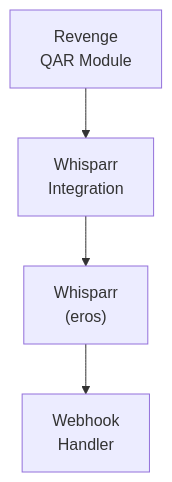
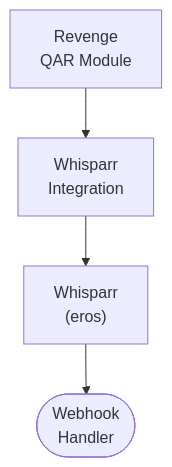
Before and after one commit to lusoris/revenge: the diagram in docs/dev/design/integrations/servarr/WHISPARR.md, drawn with Mermaid. The commit also changed 208 other files, not shown here.

First line of the commit message:
feat(docs): Improve ASCII to Mermaid converter with proper box extraction

````diff
--- a/docs/dev/design/integrations/servarr/WHISPARR.md
+++ b/docs/dev/design/integrations/servarr/WHISPARR.md
@@ -51,10 +51,10 @@
 ```mermaid
 flowchart TD
     node1["Revenge<br/>QAR Module"]
     node2["Whisparr<br/>Integration"]
     node3["Whisparr<br/>(eros)"]
-    node4["Webhook<br/>Handler"]
+    node4([Webhook<br/>Handler])
     node1 --> node2
     node2 --> node3
     node3 --> node4
 ```
````
